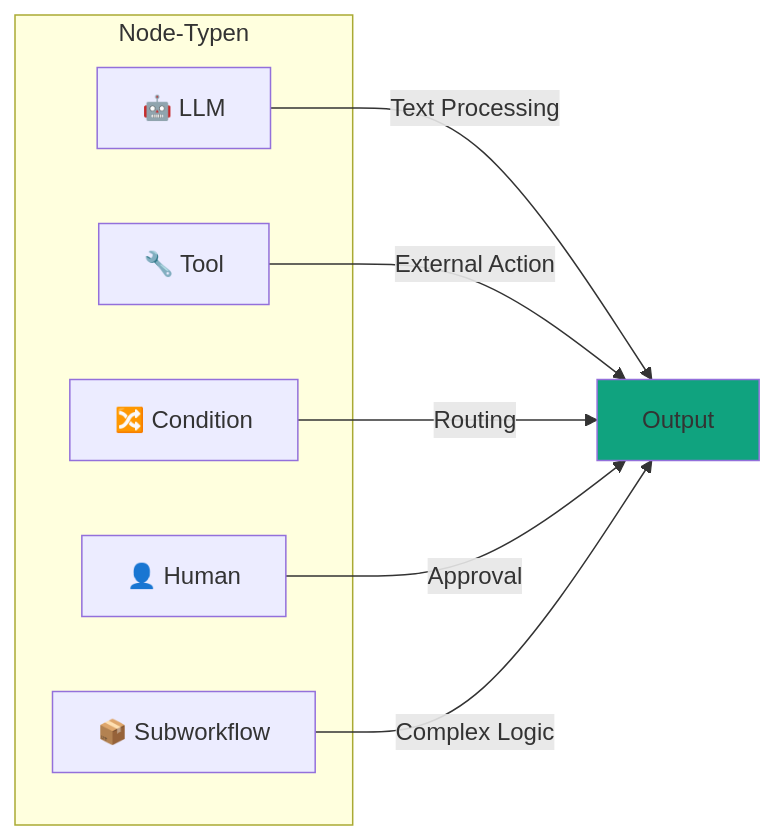
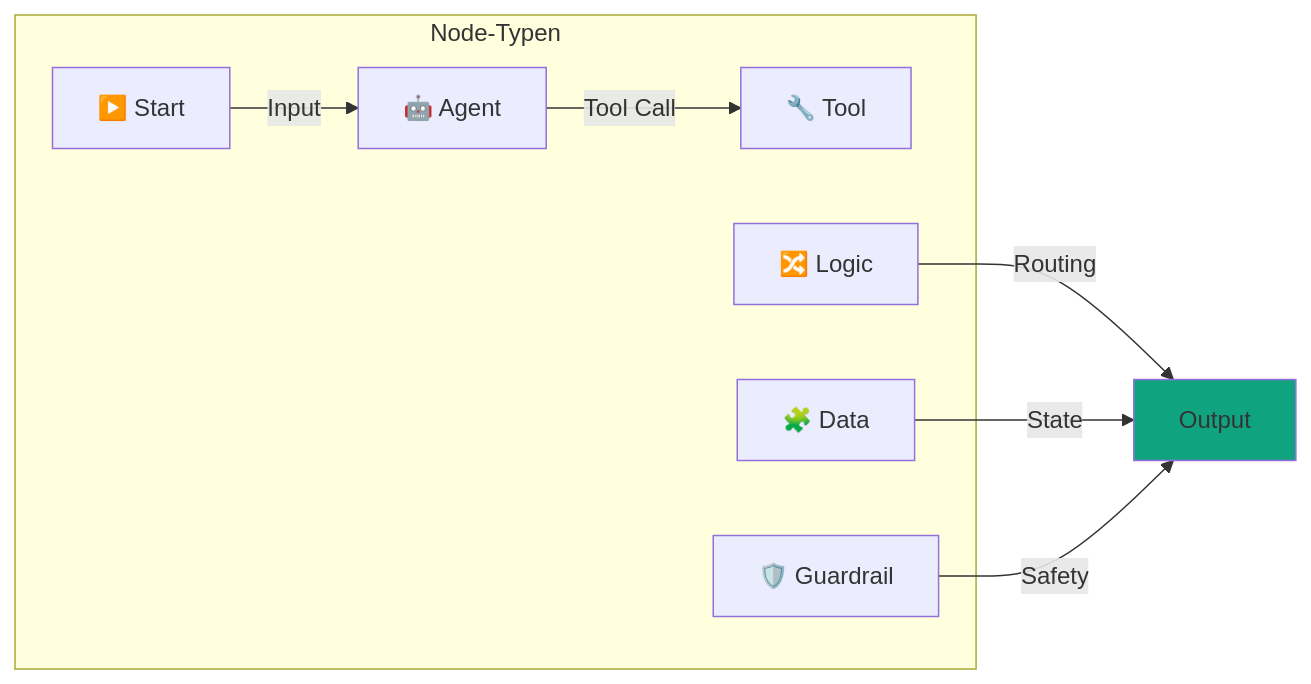
One commit to ralf-42/GenAI changed the sixth of 22 diagrams in docs/frameworks/einsteiger/einsteiger-agent-builder.md. Above: the diagram before and after it, drawn with Mermaid. The commit also changed other lines of this file and 3 other files, not shown here.

````diff
--- a/docs/frameworks/einsteiger/einsteiger-agent-builder.md
+++ b/docs/frameworks/einsteiger/einsteiger-agent-builder.md
@@ -172,18 +173,19 @@
 ```mermaid
 flowchart LR
     subgraph "Node-Typen"
-        A[🤖 LLM]
-        B[🔧 Tool]
-        C[🔀 Condition]
-        D[👤 Human]
-        E[📦 Subworkflow]
+        A[▶️ Start]
+        B[🤖 Agent]
+        C[🔧 Tool]
+        D[🔀 Logic]
+        E[🧩 Data]
+        G[🛡️ Guardrail]
     end
 
-    A -->|Text Processing| F[Output]
-    B -->|External Action| F
-    C -->|Routing| F
-    D -->|Approval| F
-    E -->|Complex Logic| F
+    A -->|Input| B
+    B -->|Tool Call| C
+    D -->|Routing| F[Output]
+    E -->|State| F
+    G -->|Safety| F
 
     style F fill:#10a37f
 ```
````
